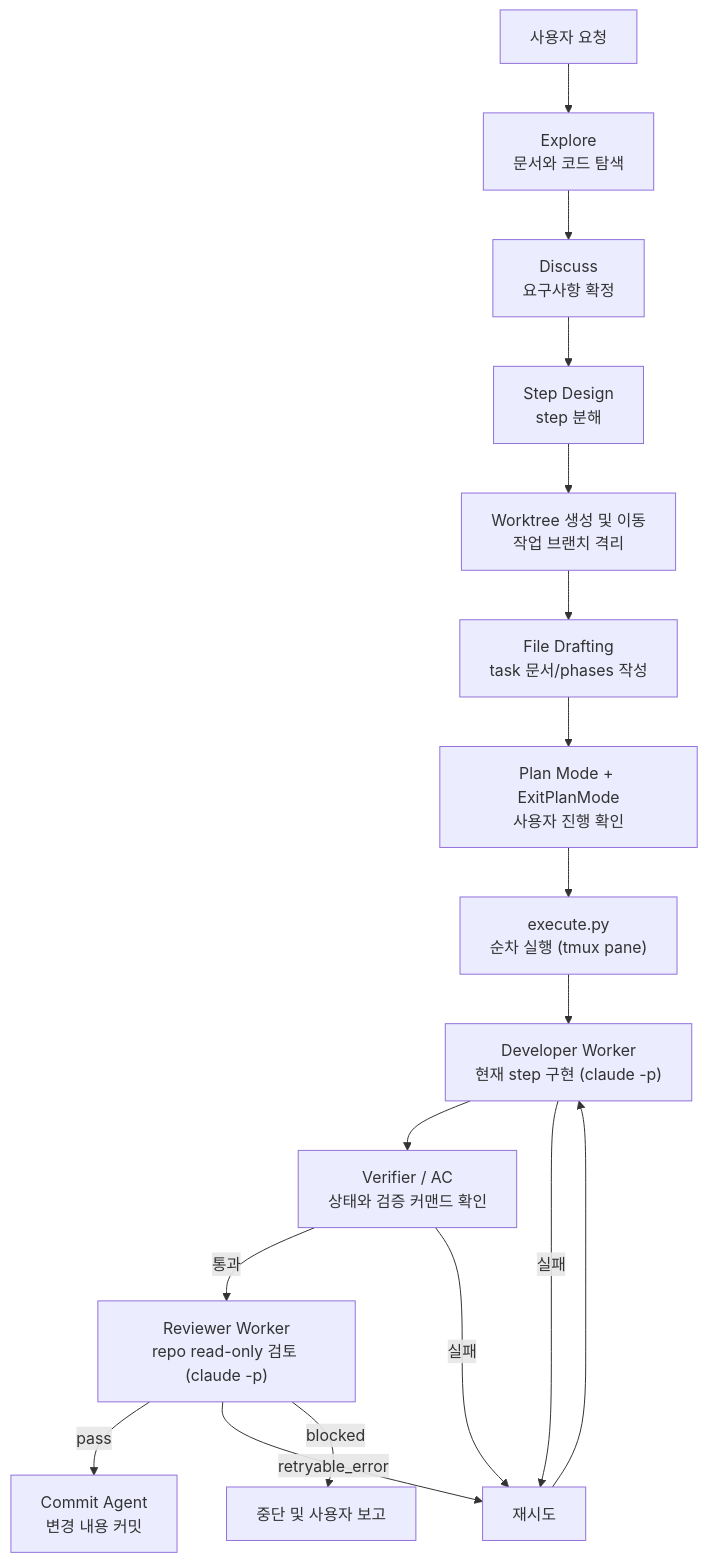
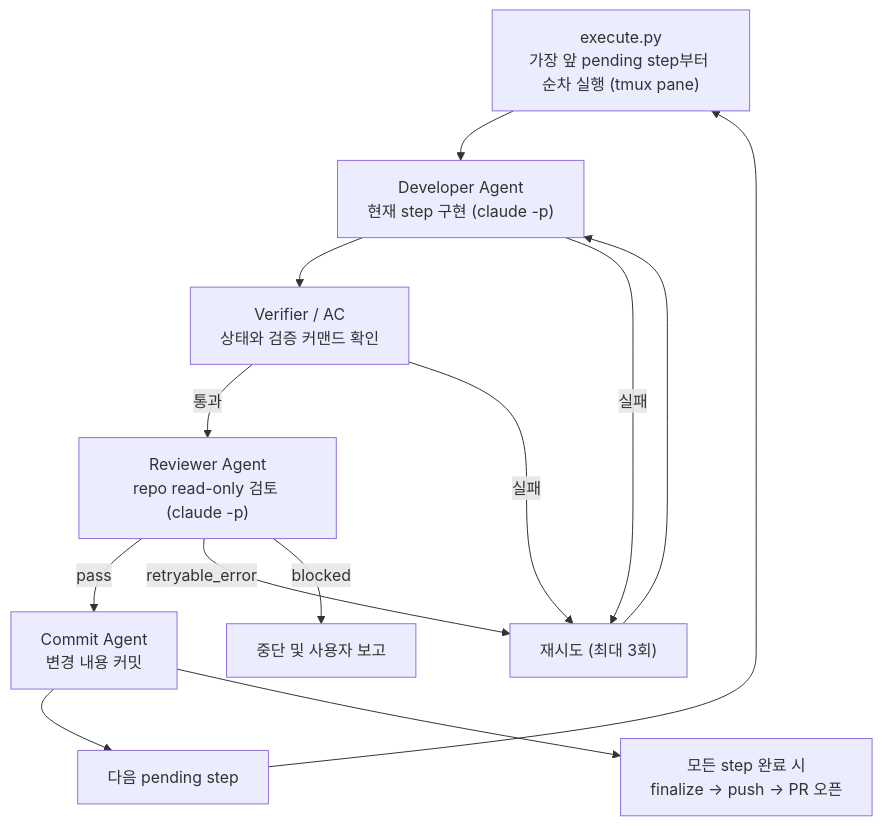
The second of 2 diagrams in docs/claude/skills/harness.md (KimYeonWook511/commerce-backend), drawn with Mermaid before and after one commit. The commit also changed other lines of this file and 22 other files, not shown here.

First line of the commit message:
chore: harness 워크플로우 9-stage 개편 (#215)

````diff
--- a/docs/claude/skills/harness.md
+++ b/docs/claude/skills/harness.md
@@ -9,19 +37,15 @@
 ```mermaid
 flowchart TD
-    A["사용자 요청"] --> B["Explore<br>문서와 코드 탐색"]
-    B --> C["Discuss<br>요구사항 확정"]
-    C --> D["Step Design<br>step 분해"]
-    D --> W["Worktree 생성 및 이동<br>작업 브랜치 격리"]
-    W --> E["File Drafting<br>task 문서/phases 작성"]
-    E --> O["Plan Mode + ExitPlanMode<br>사용자 진행 확인"]
-    O --> F["execute.py<br>순차 실행 (tmux pane)"]
-    F --> G["Developer Worker<br>현재 step 구현 (claude -p)"]
+    F["execute.py<br>가장 앞 pending step부터 순차 실행 (tmux pane)"] --> G["Developer Agent<br>현재 step 구현 (claude -p)"]
     G --> H["Verifier / AC<br>상태와 검증 커맨드 확인"]
-    H -->|통과| I["Reviewer Worker<br>repo read-only 검토 (claude -p)"]
-    H -->|실패| J["재시도"]
+    H -->|통과| I["Reviewer Agent<br>repo read-only 검토 (claude -p)"]
+    H -->|실패| J["재시도 (최대 3회)"]
     G -->|실패| J
     I -->|pass| K["Commit Agent<br>변경 내용 커밋"]
     I -->|retryable_error| J
     I -->|blocked| L["중단 및 사용자 보고"]
     J --> G
+    K --> N["다음 pending step"]
+    N --> F
+    K --> P["모든 step 완료 시<br>finalize → push → PR 오픈"]
 ```
````
